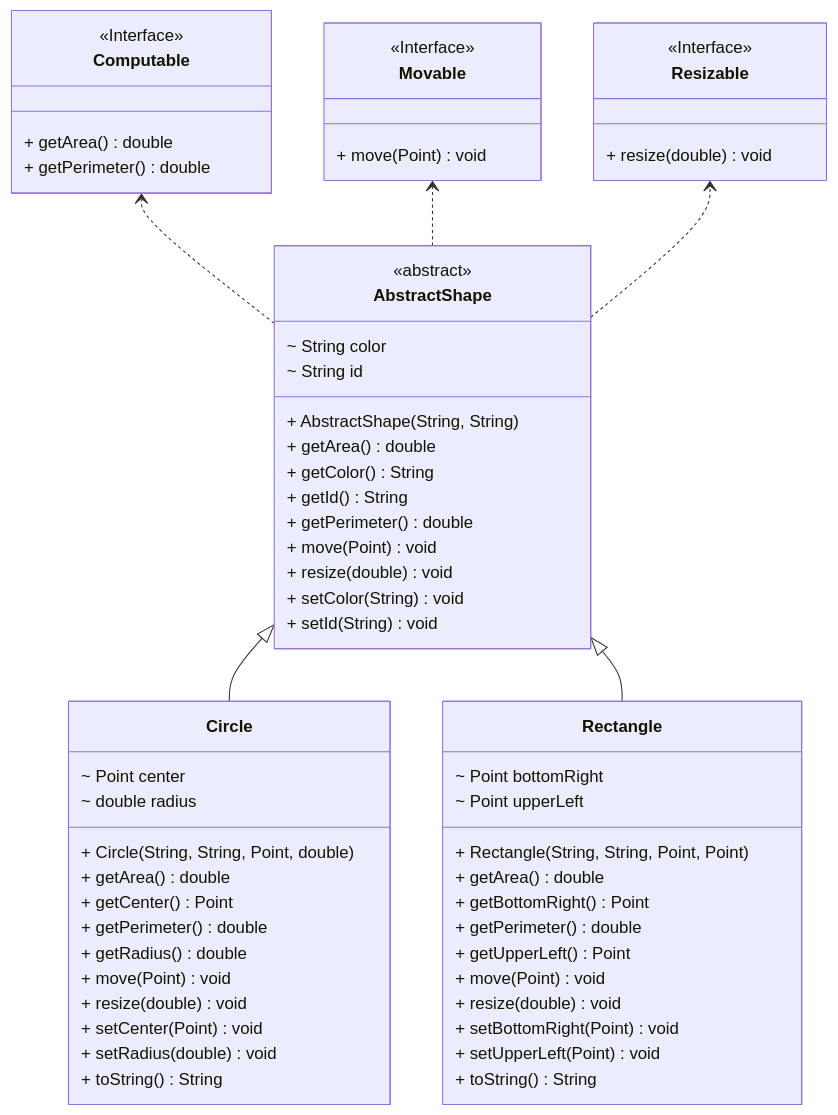
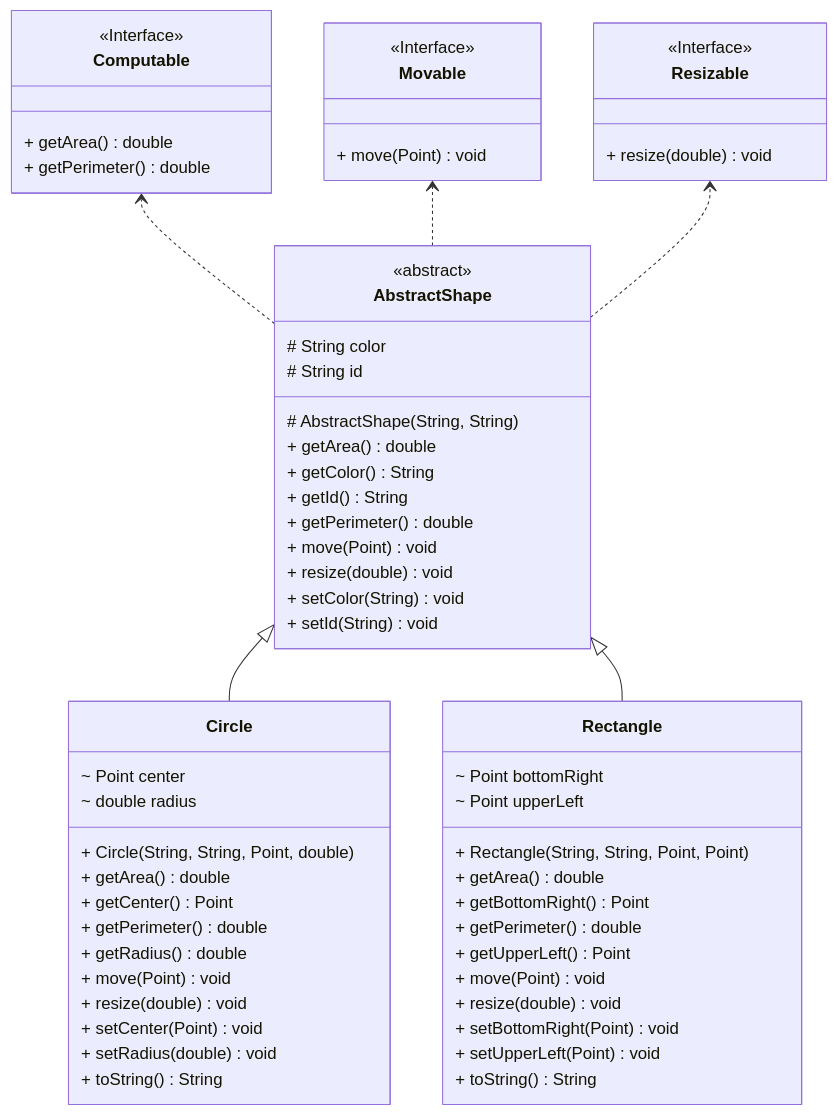
One commit to MarinCervinschi/ObjectOrientedProgramming changed diagram 11 of 13 in exercices/src/main/java/oop/README.md. Above: the diagram before and after it, drawn with Mermaid. The commit also changed other lines of this file and 6 other files, not shown here.

````diff
--- a/exercices/src/main/java/oop/README.md
+++ b/exercices/src/main/java/oop/README.md
@@ -434,65 +439,65 @@
 ```mermaid
 classDiagram
 direction BT
+class Computable {
+    <<Interface>>
+    + getArea() double
+    + getPerimeter() double
+}
+class Movable {
+    <<Interface>>
+    + move(Point) void
+}
+class Resizable {
+    <<Interface>>
+    + resize(double) void
+}
 class AbstractShape {
   <<abstract>>
-  ~ String color
-  ~ String id
-  + AbstractShape(String, String) 
+  # String color
+  # String id
+  # AbstractShape(String, String) 
   + getArea() double
   + getColor() String
   + getId() String
   + getPerimeter() double
   + move(Point) void
   + resize(double) void
   + setColor(String) void
   + setId(String) void
 }
 class Circle {
   ~ Point center
   ~ double radius
   + Circle(String, String, Point, double) 
   + getArea() double
   + getCenter() Point
   + getPerimeter() double
   + getRadius() double
   + move(Point) void
   + resize(double) void
   + setCenter(Point) void
   + setRadius(double) void
   + toString() String
 }
 class Rectangle {
   ~ Point bottomRight
   ~ Point upperLeft
   + Rectangle(String, String, Point, Point) 
   + getArea() double
   + getBottomRight() Point
   + getPerimeter() double
   + getUpperLeft() Point
   + move(Point) void
   + resize(double) void
   + setBottomRight(Point) void
   + setUpperLeft(Point) void
   + toString() String
 }
-class Computable {
-  <<Interface>>
-  + getArea() double
-  + getPerimeter() double
-}
-class Movable {
-  <<Interface>>
-  + move(Point) void
-}
-class Resizable {
-  <<Interface>>
-  + resize(double) void
-}
 
 AbstractShape  ..>  Computable 
 AbstractShape  ..>  Movable 
 AbstractShape  ..>  Resizable 
 Circle  --|>  AbstractShape 
 Rectangle  --|>  AbstractShape 
 ```
````
